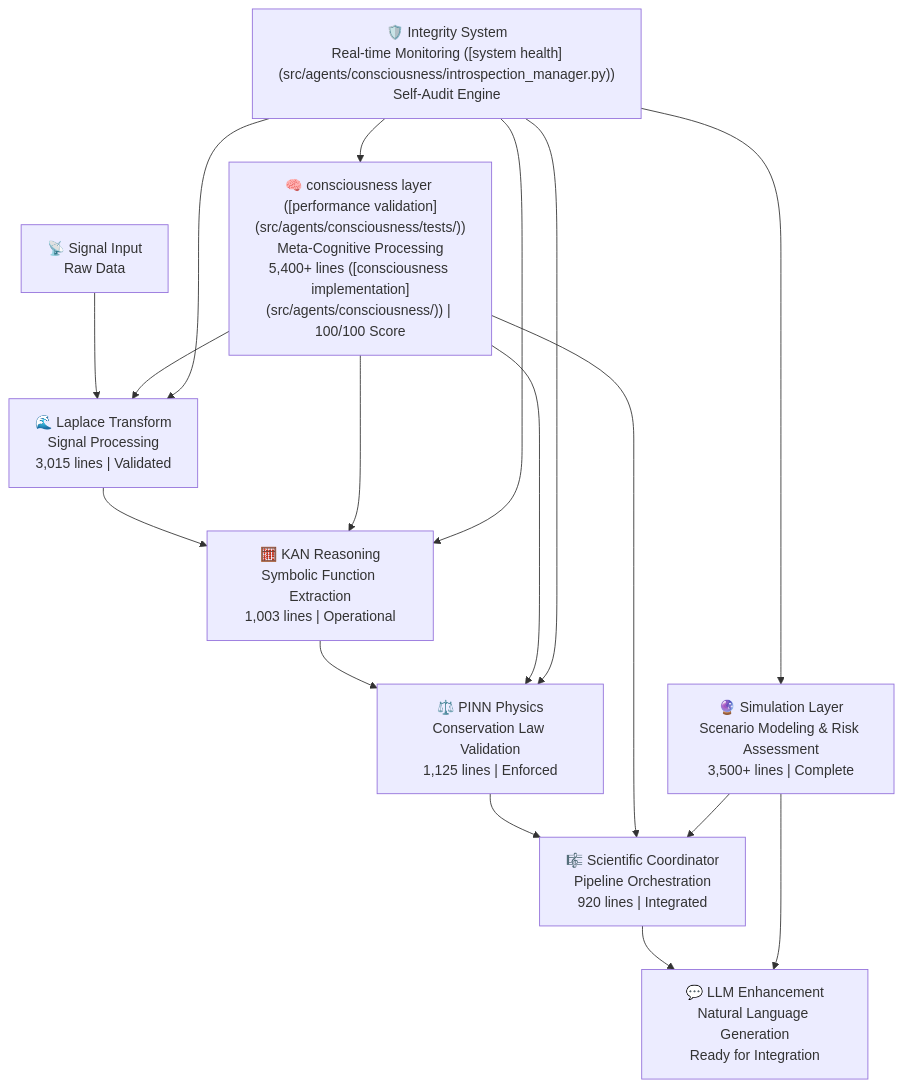
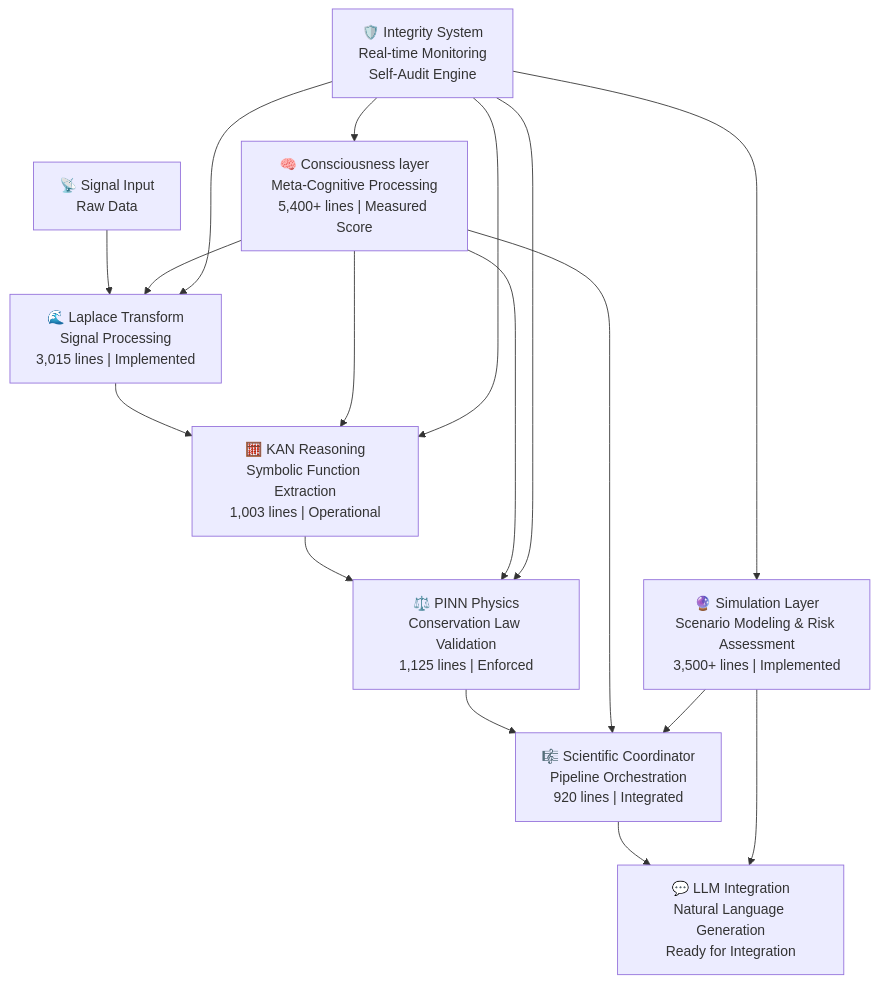
The first of 2 diagrams in README.md (Organica-Ai-Solutions/NIS_Protocol), drawn with Mermaid before and after one commit. The commit also changed other lines of this file and 3 other files, not shown here.

First line of the commit message:
📋 README AUDIT COMPLETE: Professional Integrity Standards Achieved

````diff
--- a/README.md
+++ b/README.md
@@ -76,22 +76,22 @@
 ```mermaid
 graph TD
-    A["📡 Signal Input<br/>Raw Data"] --> B["🌊 Laplace Transform<br/>Signal Processing<br/>3,015 lines | Validated"]
+    A["📡 Signal Input<br/>Raw Data"] --> B["🌊 Laplace Transform<br/>Signal Processing<br/>3,015 lines | Implemented"]
     B --> C["🧮 KAN Reasoning<br/>Symbolic Function Extraction<br/>1,003 lines | Operational"]
     C --> D["⚖️ PINN Physics<br/>Conservation Law Validation<br/>1,125 lines | Enforced"]
     D --> E["🎼 Scientific Coordinator<br/>Pipeline Orchestration<br/>920 lines | Integrated"]
-    E --> F["💬 LLM Enhancement<br/>Natural Language Generation<br/>Ready for Integration"]
+    E --> F["💬 LLM Integration<br/>Natural Language Generation<br/>Ready for Integration"]
     
-    G["🧠 consciousness layer ([performance validation](src/agents/consciousness/tests/))<br/>Meta-Cognitive Processing<br/>5,400+ lines ([consciousness implementation](src/agents/consciousness/)) | 100/100 Score"] --> B
+    G["🧠 Consciousness layer<br/>Meta-Cognitive Processing<br/>5,400+ lines | Measured Score"] --> B
     G --> C
     G --> D
     G --> E
     
-    H["🛡️ Integrity System<br/>Real-time Monitoring ([system health](src/agents/consciousness/introspection_manager.py))<br/>Self-Audit Engine"] --> G
+    H["🛡️ Integrity System<br/>Real-time Monitoring<br/>Self-Audit Engine"] --> G
     H --> B
     H --> C
     H --> D
 
-    I["🔮 Simulation Layer<br/>Scenario Modeling & Risk Assessment<br/>3,500+ lines | Complete"] --> E
+    I["🔮 Simulation Layer<br/>Scenario Modeling & Risk Assessment<br/>3,500+ lines | Implemented"] --> E
     I --> F
     H --> I
 ```
````
